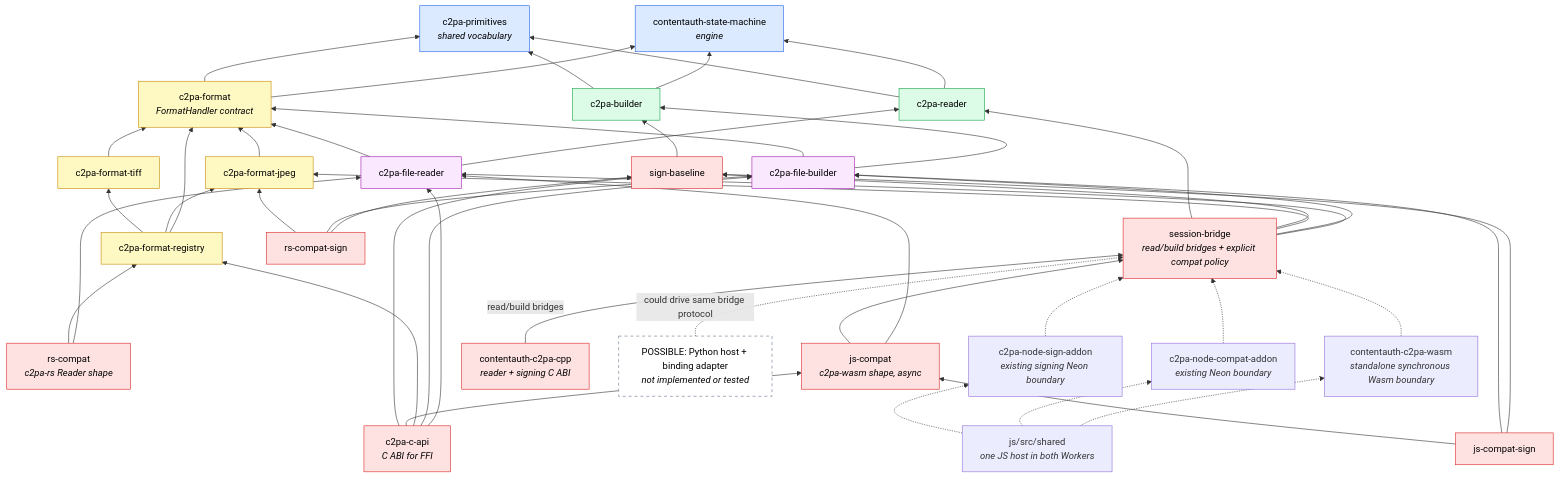
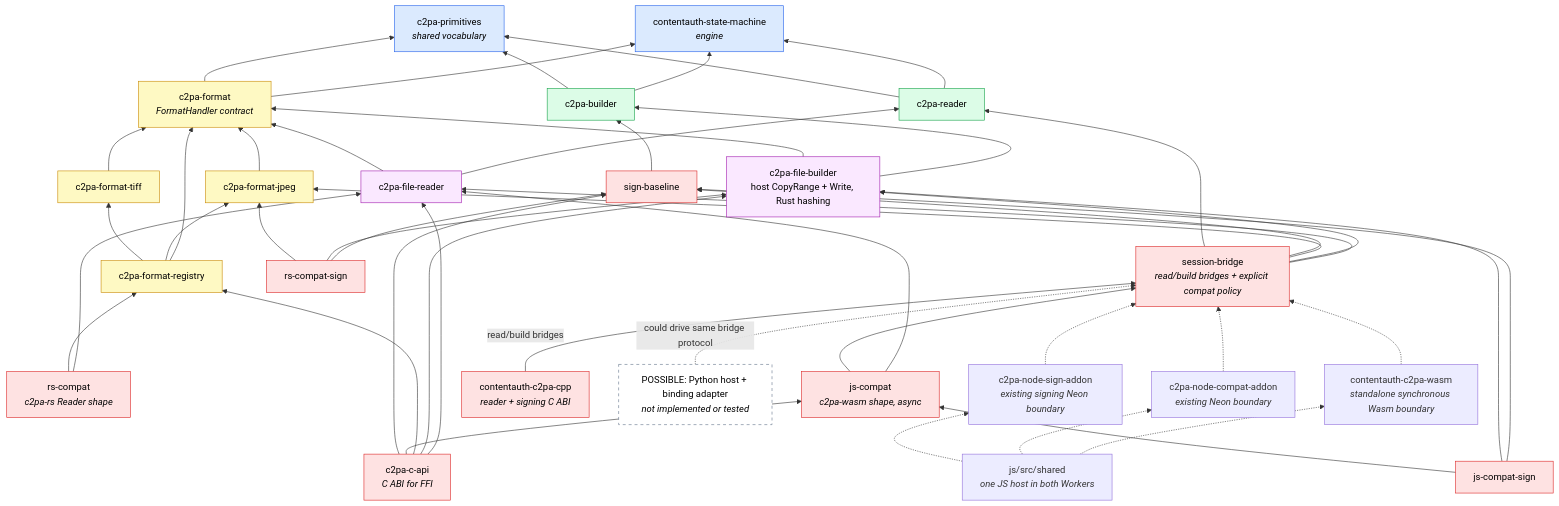
One commit to scouten/state-machine-experiment changed the first of 2 diagrams in docs/walkthrough/02-architecture.md. Above: the diagram before and after it, drawn with Mermaid. The commit also changed other lines of this file and 43 other files, not shown here.

First line of the commit message:
feat(file-builder): copy unchanged ranges within the host

````diff
--- a/docs/walkthrough/02-architecture.md
+++ b/docs/walkthrough/02-architecture.md
@@ -14,66 +14,66 @@
 ```mermaid
 flowchart BT
     SM["contentauth-state-machine<br/><i>engine</i>"]
     PR["c2pa-primitives<br/><i>shared vocabulary</i>"]
 
     RD["c2pa-reader"]
     BD["c2pa-builder"]
     FM["c2pa-format<br/><i>FormatHandler contract</i>"]
 
     JP["c2pa-format-jpeg"]
     TF["c2pa-format-tiff"]
     RG["c2pa-format-registry"]
 
     FR["c2pa-file-reader"]
-    FB["c2pa-file-builder"]
+    FB["c2pa-file-builder<br/>host CopyRange + Write, Rust hashing"]
 
     RSC["rs-compat<br/><i>c2pa-rs Reader shape</i>"]
     JSC["js-compat<br/><i>c2pa-wasm shape, async</i>"]
     BR["session-bridge<br/><i>read/build bridges + explicit compat policy</i>"]
 
     SB["sign-baseline"]
     RSS["rs-compat-sign"]
     JSS["js-compat-sign"]
     HOST["js/src/shared<br/><i>one JS host in both Workers</i>"]
     PW["contentauth-c2pa-wasm<br/><i>standalone synchronous Wasm boundary</i>"]
     PN["c2pa-node-compat-addon<br/><i>existing Neon boundary</i>"]
     PNS["c2pa-node-sign-addon<br/><i>existing signing Neon boundary</i>"]
     CPP["contentauth-c2pa-cpp<br/><i>reader + signing C ABI</i>"]
     PY["POSSIBLE: Python host + binding adapter<br/><i>not implemented or tested</i>"]
     CAPI["c2pa-c-api<br/><i>C ABI for FFI</i>"]
 
     RD --> SM & PR
     BD --> SM & PR
     FM --> SM & PR
     JP --> FM
     TF --> FM
     RG --> FM & JP & TF
     FR --> RD & FM
     FB --> BD & FM
     RSC --> FR & RG
     JSC --> FR & BR
     BR --> FR & FB & JP & SB & RD
     SB --> BD
     RSS --> SB & FB & JP
     JSS --> SB & FB & JSC
     HOST -.-> PW & PN & PNS
     PW -.-> BR
     PN -.-> BR
     PNS -.-> BR
     CPP -->|"read/build bridges"| BR
     PY -.->|"could drive same bridge protocol"| BR
     CAPI --> FR & FB & RG & JSC & SB
 
     classDef engine fill:#dbeafe,stroke:#2563eb,color:#000
     classDef core fill:#dcfce7,stroke:#16a34a,color:#000
     classDef fmt fill:#fef9c3,stroke:#ca8a04,color:#000
     classDef glue fill:#fae8ff,stroke:#a21caf,color:#000
     classDef bind fill:#fee2e2,stroke:#dc2626,color:#000
     classDef proposed fill:#fff,stroke:#64748b,stroke-dasharray:5 5,color:#000
     class SM,PR engine
     class RD,BD core
     class FM,JP,TF,RG fmt
     class FR,FB glue
     class RSC,JSC,BR,CPP,SB,RSS,JSS,CAPI bind
     class PY proposed
 ```
````
